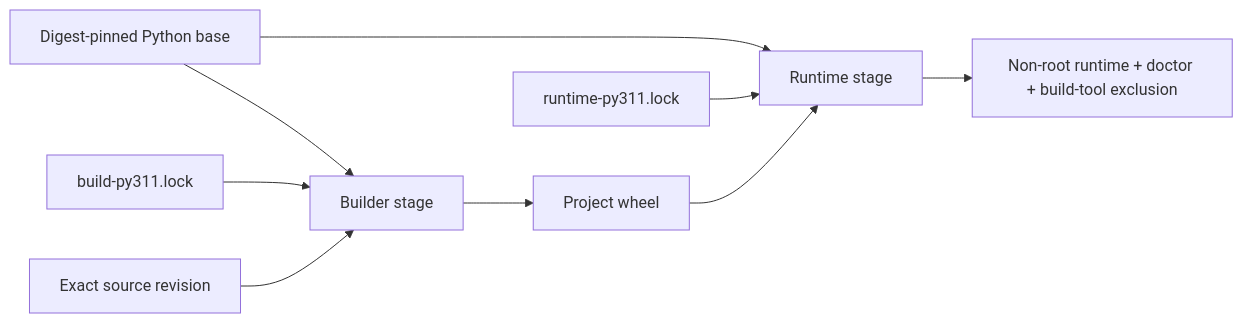
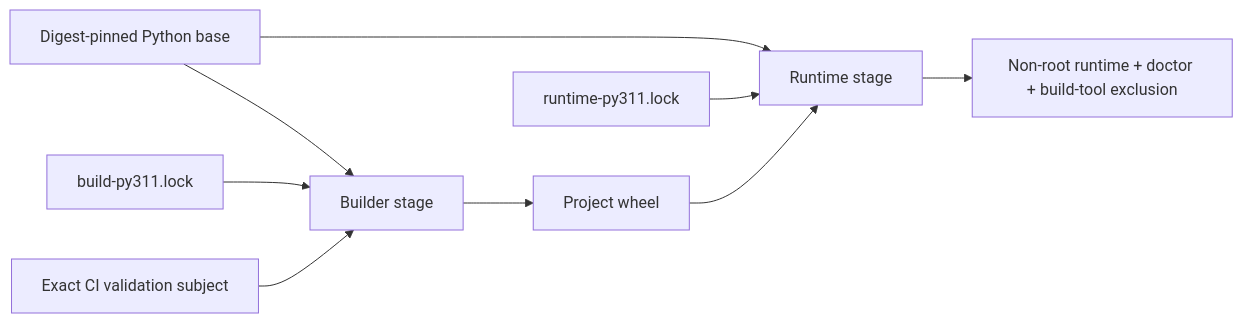
The diagram in docs/SUPPLY_CHAIN.md (portyu9/ai-qa-automation), drawn with Mermaid before and after one commit. The commit also changed other lines of this file, not shown here.

Commit message:
Bind supply-chain docs to CI validation subject

````diff
--- a/docs/SUPPLY_CHAIN.md
+++ b/docs/SUPPLY_CHAIN.md
@@ -53,14 +146,14 @@
 ```mermaid
 flowchart LR
     accTitle: Hash-locked build and runtime dependency separation
     accDescr: A digest-pinned Python base feeds separate builder and runtime stages. The builder installs only the hash-locked Hatchling backend graph and creates the project wheel. The runtime installs only the hash-locked application dependency graph and the prebuilt project wheel. Build-only tooling is rejected from the final runtime image.
 
     B[Digest-pinned Python base] --> BU[Builder stage]
     B --> RT[Runtime stage]
     BL[build-py311.lock] --> BU
-    S[Exact source revision] --> BU
+    S[Exact CI validation subject] --> BU
     BU --> W[Project wheel]
     RL[runtime-py311.lock] --> RT
     W --> RT
     RT --> V[Non-root runtime + doctor + build-tool exclusion]
 ```
````
